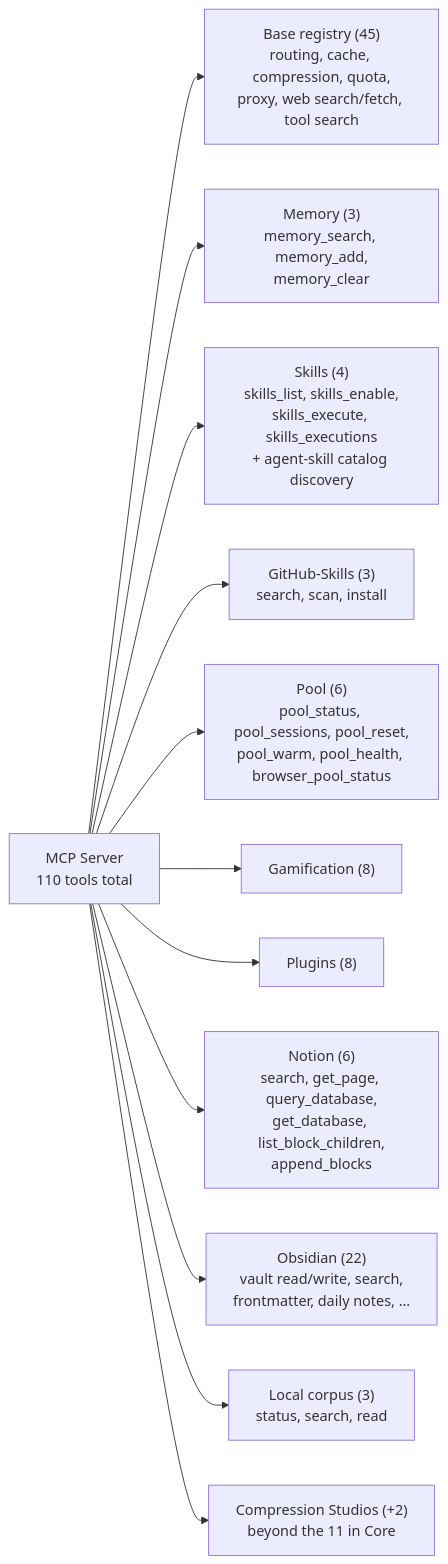
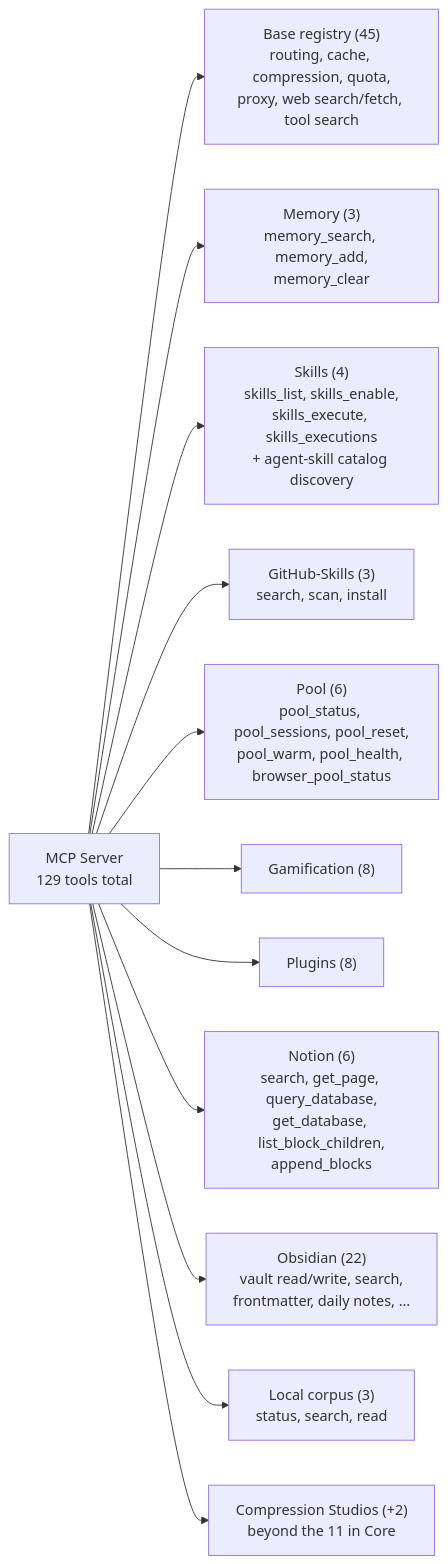
One commit to cheaper-inference/OmniRoute changed the diagram in docs/diagrams/mcp-tools.mmd. Above: the diagram before and after it, drawn with Mermaid. The commit also changed 39 other files, not shown here.

```diff
--- a/docs/diagrams/mcp-tools.mmd
+++ b/docs/diagrams/mcp-tools.mmd
@@ -1,21 +1,21 @@
 %% MCP Server tool inventory by category
 %% Reflects: open-sse/mcp-server/ — TOTAL_MCP_TOOL_COUNT in server.ts (countUniqueMcpTools)
 %% Unique contributions: MCP_TOOLS 45 + memory 3 + skill 4 + githubSkill 3 + pool 6
-%%   + gamification 8 + plugin 8 + notion 6 + obsidian 22 + localCorpus 3 + compression 2 = 110
+%%   + gamification 8 + plugin 8 + notion 6 + obsidian 22 + localCorpus 3 + compression 2 + rosebud 19 = 129
 %%   (agentSkillTools fully overlaps the base registry; 11 of the 13 compression
 %%    tools live in the base registry — duplicates counted once)
 %% Regenerate the SVG with: npm run docs:render-diagrams
 %% v3.8.51
 flowchart LR
-  MCP["MCP Server<br/>110 tools total"]
+  MCP["MCP Server<br/>129 tools total"]
   MCP --> Core["Base registry (45)<br/>routing, cache, compression, quota,<br/>proxy, web search/fetch, tool search"]
   MCP --> Mem["Memory (3)<br/>memory_search, memory_add,<br/>memory_clear"]
   MCP --> Skl["Skills (4)<br/>skills_list, skills_enable,<br/>skills_execute, skills_executions<br/>+ agent-skill catalog discovery"]
   MCP --> GSkl["GitHub-Skills (3)<br/>search, scan, install"]
   MCP --> Pool["Pool (6)<br/>pool_status, pool_sessions, pool_reset,<br/>pool_warm, pool_health, browser_pool_status"]
   MCP --> Gam["Gamification (8)"]
   MCP --> Plg["Plugins (8)"]
   MCP --> Notion["Notion (6)<br/>search, get_page, query_database,<br/>get_database, list_block_children,<br/>append_blocks"]
   MCP --> Obs["Obsidian (22)<br/>vault read/write, search,<br/>frontmatter, daily notes, …"]
   MCP --> Corpus["Local corpus (3)<br/>status, search, read"]
   MCP --> Cmp["Compression Studios (+2)<br/>beyond the 11 in Core"]
```
